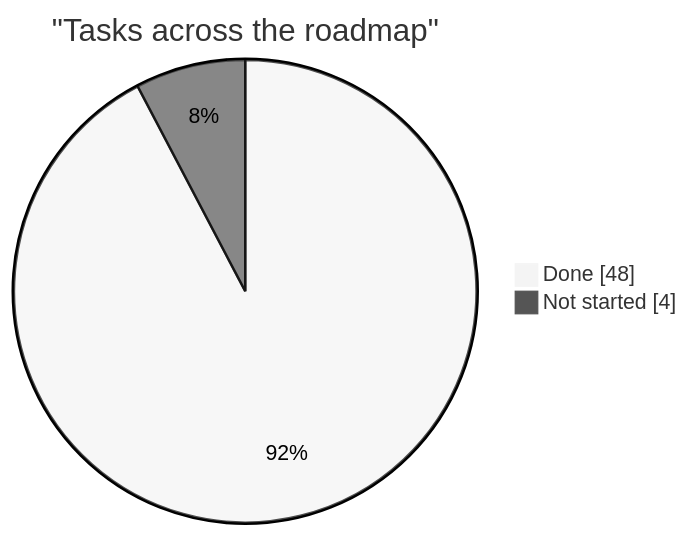
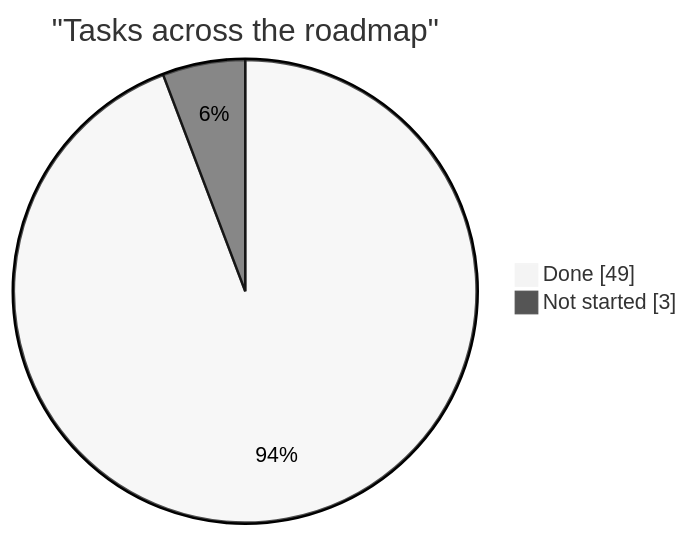
Before and after one commit to AdamClemens/PyFlow: the diagram in docs/planning/status.md, drawn with Mermaid (neutral theme). The commit also changed other lines of this file and 16 other files, not shown here.

````diff
--- a/docs/planning/status.md
+++ b/docs/planning/status.md
@@ -23,6 +23,6 @@
 ```mermaid
 pie showData
     title "Tasks across the roadmap"
-    "Done" : 48
-    "Not started" : 4
+    "Done" : 49
+    "Not started" : 3
 ```
````
